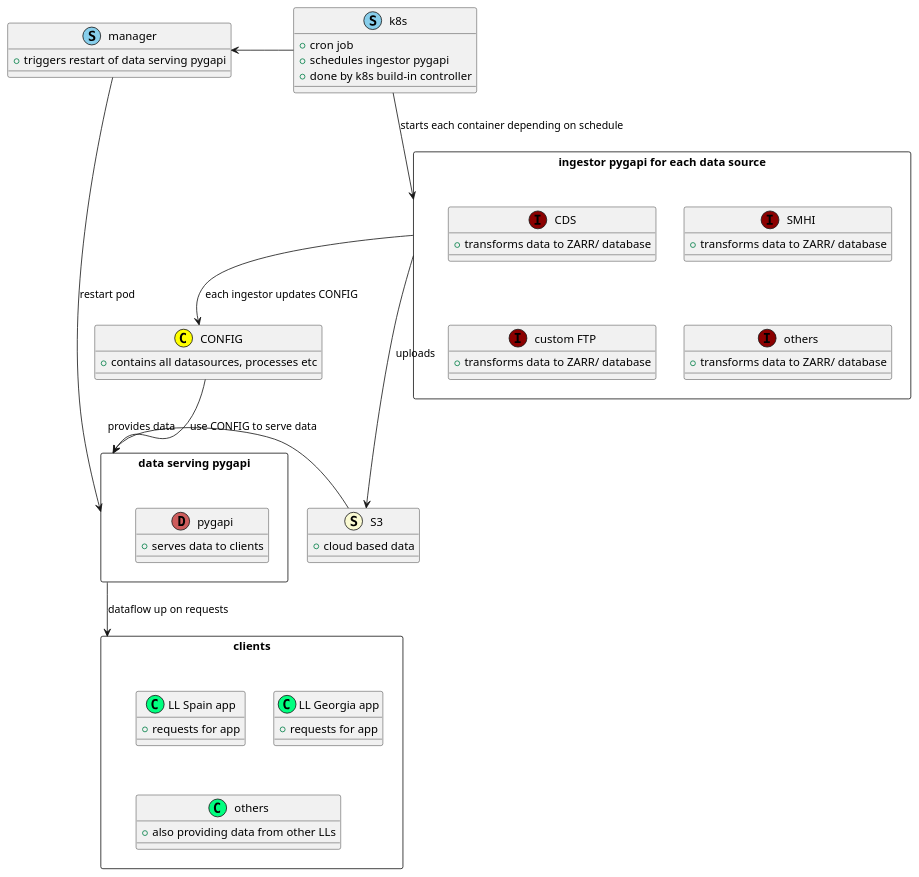
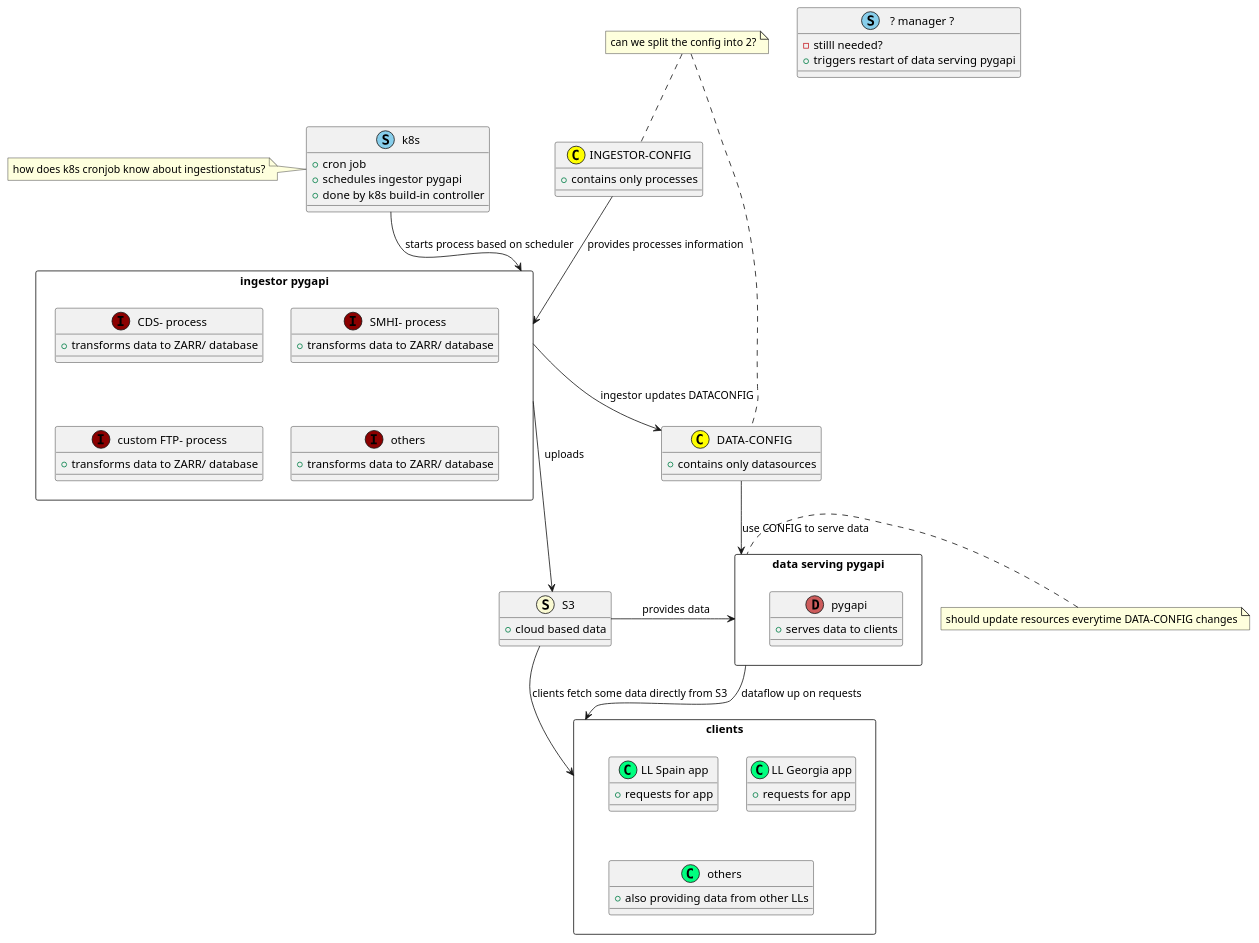
One commit to icisk/pygeoapi_ingestor changed the diagram in img/ingestor.puml. Above: the diagram before and after it, drawn with PlantUML. The commit also changed 1 other file, not shown here.

```diff
--- a/img/ingestor.puml
+++ b/img/ingestor.puml
@@ -1,62 +1,78 @@
 @startuml icisk/ ingestor
 
 entity "k8s" <<(S, SkyBlue)>> {
   + cron job
   + schedules ingestor pygapi
   + done by k8s build-in controller
 }
-entity "manager" <<(S, SkyBlue)>> {
+entity " ? manager ? " <<(S, SkyBlue)>> {
+  - stilll needed?
   + triggers restart of data serving pygapi
 }
 
-rectangle "ingestor pygapi for each data source" as ingestor {
-    entity "CDS" <<(I, DarkRed)>> {
+entity "INGESTOR-CONFIG" as ingestorconfig <<(C, Yellow)>> { 
+  + contains only processes
+}
+
+rectangle "ingestor pygapi" as ingestor {
+    entity "CDS- process" <<(I, DarkRed)>> {
         + transforms data to ZARR/ database
     }
-    entity "SMHI" <<(I, DarkRed)>> {
+    entity "SMHI- process" <<(I, DarkRed)>> {
         + transforms data to ZARR/ database
     }
-    entity "custom FTP" <<(I, DarkRed)>> {
+    entity "custom FTP- process" <<(I, DarkRed)>> {
         + transforms data to ZARR/ database
     }
     entity "others..." <<(I, DarkRed)>> {
         + transforms data to ZARR/ database
     }
 }
 
+
 entity "S3" <<(S, LightGoldenRodYellow)>> { 
   + cloud based data 
 }
 
-entity "CONFIG" <<(C, Yellow)>> { 
-  + contains all datasources, processes etc 
+entity "DATA-CONFIG" as dataconfig <<(C, Yellow)>> { 
+  + contains only datasources
 }
 
 rectangle "data serving pygapi" as dataserv {
     entity "pygapi" <<(D, IndianRed)>> {
         + serves data to clients
     }
 }
 
 rectangle "clients" as clients {
     entity "LL Spain app" <<(C, SpringGreen)>> {
         + requests for app
     }
     entity "LL Georgia app" <<(C, SpringGreen)>> {
         + requests for app
     }
     entity "others..." <<(C, SpringGreen)>> {
         + also providing data from other LLs
     }
 }
 
-manager --> dataserv : restart pod
-k8s -l-> manager
-k8s --> ingestor : starts each container depending on schedule
-ingestor --> CONFIG : each ingestor updates CONFIG
+note left of k8s: how does k8s cronjob know about ingestionstatus?
+note "can we split the config into 2?" as N1
+N1 .. ingestorconfig
+N1 .. dataconfig
+note left of dataserv: should update resources everytime DATA-CONFIG changes
+
+
+
+'manager --> dataserv : restart pod
+'k8s -l-> manager
+k8s --> ingestor : starts process based on scheduler
+ingestorconfig --> ingestor : provides processes information
+ingestor --> dataconfig : ingestor updates DATACONFIG
 ingestor -d-> S3 : uploads
-CONFIG --> dataserv : use CONFIG to serve data
+dataconfig --> dataserv : use CONFIG to serve data
 S3 -> dataserv : provides data 
 dataserv --> clients : dataflow up on requests
+S3 -> clients : clients fetch some data directly from S3 
 
 @enduml
```
